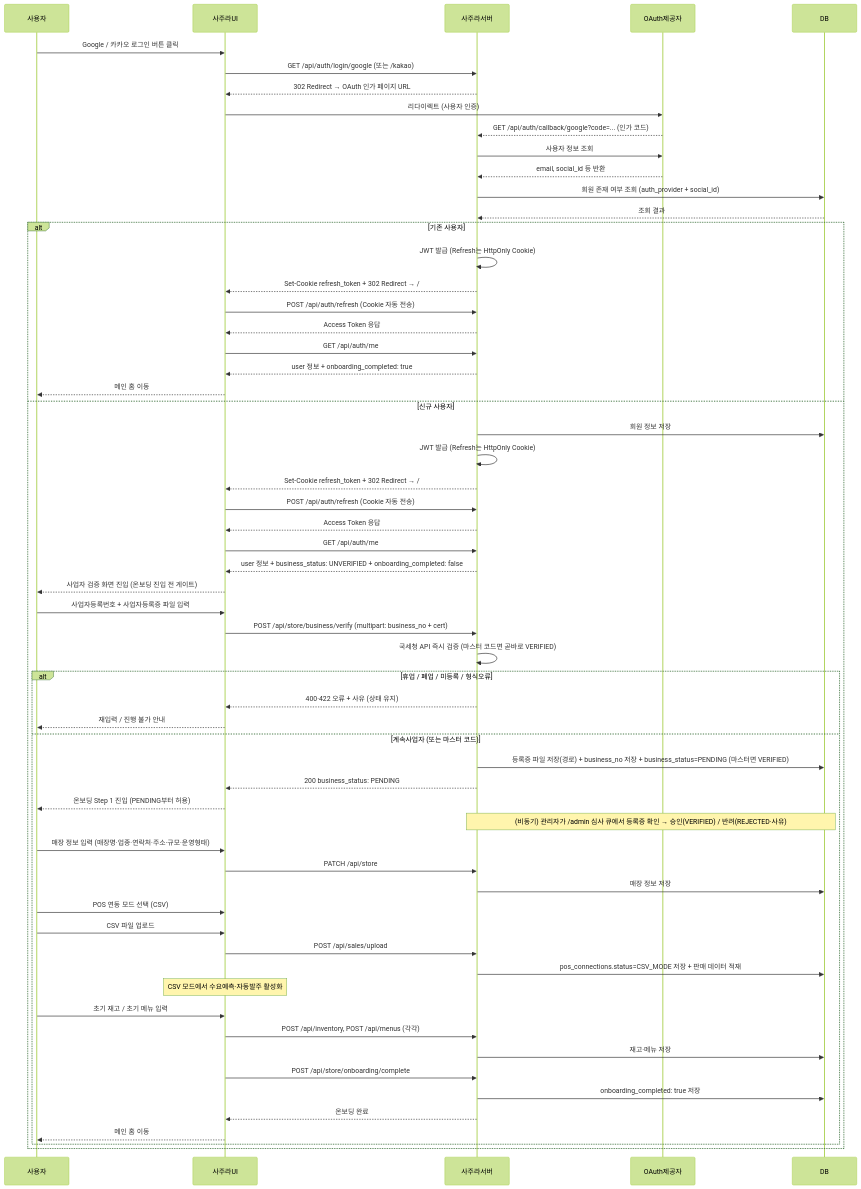
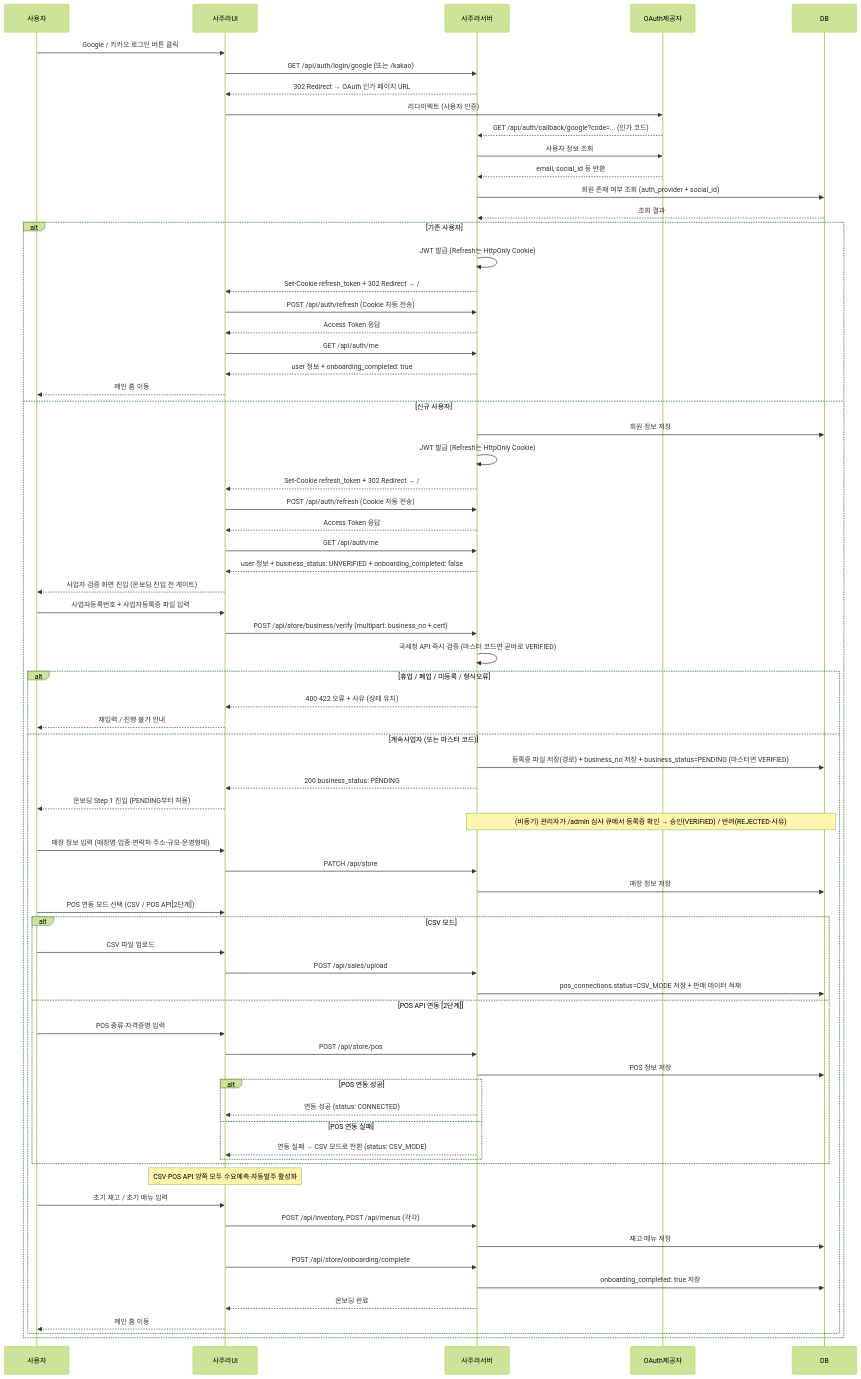
Before and after one commit to h-taek/CapstoneDesign-Sajura: the first of 8 diagrams in docs/spec/02_implementation_design.md, drawn with Mermaid (forest theme). The commit also changed other lines of this file and 4 other files, not shown here.

First line of the commit message:
docs(spec): POS API 연동[2단계]과 서버 단가 수집 흐름 복구

````diff
--- a/docs/spec/02_implementation_design.md
+++ b/docs/spec/02_implementation_design.md
@@ -165,69 +165,80 @@
 ```mermaid
 sequenceDiagram
     participant 사용자
     participant 사주라UI
     participant 사주라서버
     participant OAuth제공자
     participant DB
 
     사용자->>사주라UI: Google / 카카오 로그인 버튼 클릭
     사주라UI->>사주라서버: GET /api/auth/login/google (또는 /kakao)
     사주라서버-->>사주라UI: 302 Redirect → OAuth 인가 페이지 URL
     사주라UI->>OAuth제공자: 리다이렉트 (사용자 인증)
     OAuth제공자-->>사주라서버: GET /api/auth/callback/google?code=... (인가 코드)
     사주라서버->>OAuth제공자: 사용자 정보 조회
     OAuth제공자-->>사주라서버: email, social_id 등 반환
     사주라서버->>DB: 회원 존재 여부 조회 (auth_provider + social_id)
     DB-->>사주라서버: 조회 결과
 
     alt 기존 사용자
         사주라서버->>사주라서버: JWT 발급 (Refresh는 HttpOnly Cookie)
         사주라서버-->>사주라UI: Set-Cookie refresh_token + 302 Redirect → /
         사주라UI->>사주라서버: POST /api/auth/refresh (Cookie 자동 전송)
         사주라서버-->>사주라UI: Access Token 응답
         사주라UI->>사주라서버: GET /api/auth/me
         사주라서버-->>사주라UI: user 정보 + onboarding_completed: true
         사주라UI-->>사용자: 메인 홈 이동
     else 신규 사용자
         사주라서버->>DB: 회원 정보 저장
         사주라서버->>사주라서버: JWT 발급 (Refresh는 HttpOnly Cookie)
         사주라서버-->>사주라UI: Set-Cookie refresh_token + 302 Redirect → /
         사주라UI->>사주라서버: POST /api/auth/refresh (Cookie 자동 전송)
         사주라서버-->>사주라UI: Access Token 응답
         사주라UI->>사주라서버: GET /api/auth/me
         사주라서버-->>사주라UI: user 정보 + business_status: UNVERIFIED + onboarding_completed: false
         사주라UI-->>사용자: 사업자 검증 화면 진입 (온보딩 진입 전 게이트)
 
         사용자->>사주라UI: 사업자등록번호 + 사업자등록증 파일 입력
         사주라UI->>사주라서버: POST /api/store/business/verify (multipart: business_no + cert)
         사주라서버->>사주라서버: 국세청 API 즉시 검증 (마스터 코드면 곧바로 VERIFIED)
         alt 휴업 / 폐업 / 미등록 / 형식오류
             사주라서버-->>사주라UI: 400·422 오류 + 사유 (상태 유지)
             사주라UI-->>사용자: 재입력 / 진행 불가 안내
         else 계속사업자 (또는 마스터 코드)
             사주라서버->>DB: 등록증 파일 저장(경로) + business_no 저장 + business_status=PENDING (마스터면 VERIFIED)
             사주라서버-->>사주라UI: 200 business_status: PENDING
             사주라UI-->>사용자: 온보딩 Step 1 진입 (PENDING부터 허용)
             note over 사주라서버,DB: (비동기) 관리자가 /admin 심사 큐에서 등록증 확인 → 승인(VERIFIED) / 반려(REJECTED·사유)
 
             사용자->>사주라UI: 매장 정보 입력 (매장명·업종·연락처·주소·규모·운영형태)
             사주라UI->>사주라서버: PATCH /api/store
             사주라서버->>DB: 매장 정보 저장
 
-            사용자->>사주라UI: POS 연동 모드 선택 (CSV)
-            사용자->>사주라UI: CSV 파일 업로드
-            사주라UI->>사주라서버: POST /api/sales/upload
-            사주라서버->>DB: pos_connections.status=CSV_MODE 저장 + 판매 데이터 적재
-            Note over 사주라UI: CSV 모드에서 수요예측·자동발주 활성화
+            사용자->>사주라UI: POS 연동 모드 선택 (CSV / POS API[2단계])
+            alt CSV 모드
+                사용자->>사주라UI: CSV 파일 업로드
+                사주라UI->>사주라서버: POST /api/sales/upload
+                사주라서버->>DB: pos_connections.status=CSV_MODE 저장 + 판매 데이터 적재
+            else POS API 연동 [2단계]
+                사용자->>사주라UI: POS 종류·자격증명 입력
+                사주라UI->>사주라서버: POST /api/store/pos
+                사주라서버->>DB: POS 정보 저장
+                alt POS 연동 성공
+                    사주라서버-->>사주라UI: 연동 성공 (status: CONNECTED)
+                else POS 연동 실패
+                    사주라서버-->>사주라UI: 연동 실패 → CSV 모드로 전환 (status: CSV_MODE)
+                end
+            end
+            Note over 사주라UI: CSV·POS API 양쪽 모두 수요예측·자동발주 활성화
 
             사용자->>사주라UI: 초기 재고 / 초기 메뉴 입력
             사주라UI->>사주라서버: POST /api/inventory, POST /api/menus (각각)
             사주라서버->>DB: 재고·메뉴 저장
 
             사주라UI->>사주라서버: POST /api/store/onboarding/complete
             사주라서버->>DB: onboarding_completed: true 저장
             사주라서버-->>사주라UI: 온보딩 완료
             사주라UI-->>사용자: 메인 홈 이동
         end
     end
 ```
````
